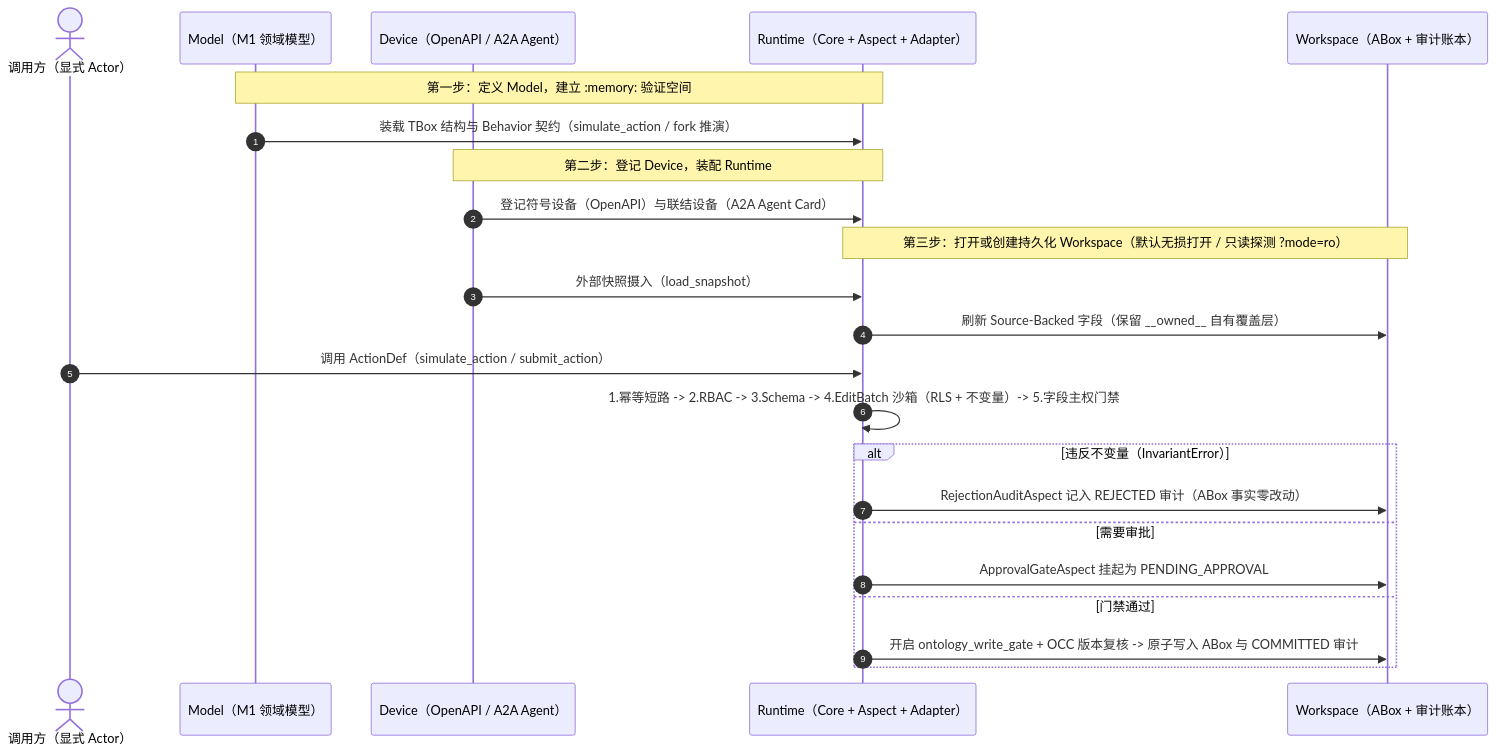
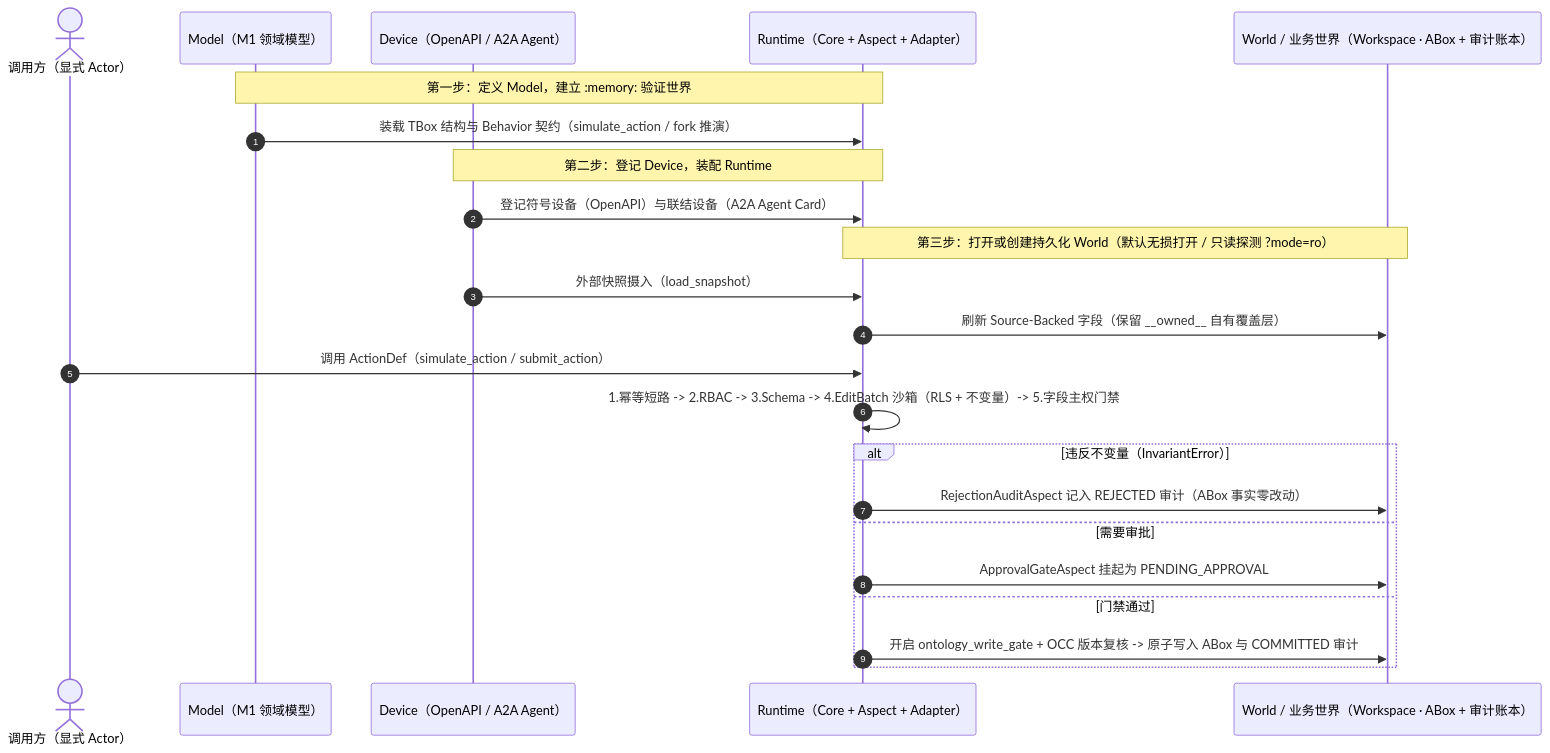
Before and after one commit to guci314/openontology: the third of 3 diagrams in docs/ARCHITECTURE.md, drawn with Mermaid. The commit also changed other lines of this file and 6 other files, not shown here.

Commit message:
feat(docs,ui): promote Workspace concept and display to World · 业务世界

````diff
--- a/docs/ARCHITECTURE.md
+++ b/docs/ARCHITECTURE.md
@@ -162,29 +164,29 @@
 ```mermaid
 sequenceDiagram
     autonumber
     actor User as 调用方（显式 Actor）
     participant M as Model（M1 领域模型）
     participant D as Device（OpenAPI / A2A Agent）
     participant R as Runtime（Core + Aspect + Adapter）
-    participant W as Workspace（ABox + 审计账本）
+    participant W as World / 业务世界（Workspace · ABox + 审计账本）
 
-    Note over M,R: 第一步：定义 Model，建立 :memory: 验证空间
+    Note over M,R: 第一步：定义 Model，建立 :memory: 验证世界
     M->>R: 装载 TBox 结构与 Behavior 契约（simulate_action / fork 推演）
 
     Note over D,R: 第二步：登记 Device，装配 Runtime
     D->>R: 登记符号设备（OpenAPI）与联结设备（A2A Agent Card）
 
-    Note over R,W: 第三步：打开或创建持久化 Workspace（默认无损打开 / 只读探测 ?mode=ro）
+    Note over R,W: 第三步：打开或创建持久化 World（默认无损打开 / 只读探测 ?mode=ro）
     D->>R: 外部快照摄入（load_snapshot）
     R->>W: 刷新 Source-Backed 字段（保留 __owned__ 自有覆盖层）
 
     User->>R: 调用 ActionDef（simulate_action / submit_action）
     R->>R: 1.幂等短路 -> 2.RBAC -> 3.Schema -> 4.EditBatch 沙箱（RLS + 不变量）-> 5.字段主权门禁
     alt 违反不变量（InvariantError）
         R->>W: RejectionAuditAspect 记入 REJECTED 审计（ABox 事实零改动）
     else 需要审批
         R->>W: ApprovalGateAspect 挂起为 PENDING_APPROVAL
     else 门禁通过
         R->>W: 开启 ontology_write_gate + OCC 版本复核 -> 原子写入 ABox 与 COMMITTED 审计
     end
 ```
````
